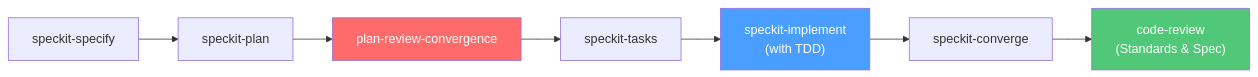
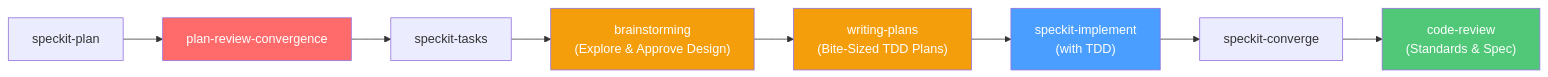
One commit to pminhtaiii/Flight-Booking-System changed the diagram in context/workflow.md. Above: the diagram before and after it, drawn with Mermaid. The commit also changed other lines of this file and 3 other files, not shown here.

Commit message:
fix(profile): address code review findings and sync progress tracker

````diff
--- a/context/workflow.md
+++ b/context/workflow.md
@@ -13,13 +13,16 @@
 ```mermaid
 flowchart LR
-    A["speckit-specify"] --> B["speckit-plan"]
-    B --> C["plan-review-convergence"]
-    C --> D["speckit-tasks"]
-    D --> E["speckit-implement\n(with TDD)"]
-    E --> F["speckit-converge"]
-    F --> G["code-review\n(Standards & Spec)"]
+    A["speckit-plan"] --> B["plan-review-convergence"]
+    B --> C["speckit-tasks"]
+    C --> D["brainstorming\n(Explore & Approve Design)"]
+    D --> E["writing-plans\n(Bite-Sized TDD Plans)"]
+    E --> F["speckit-implement\n(with TDD)"]
+    F --> G["speckit-converge"]
+    G --> H["code-review\n(Standards & Spec)"]
 
-    style C fill:#ff6b6b,color:#fff
-    style E fill:#4a9eff,color:#fff
-    style G fill:#50c878,color:#fff
+    style B fill:#ff6b6b,color:#fff
+    style D fill:#f59e0b,color:#fff
+    style E fill:#f59e0b,color:#fff
+    style F fill:#4a9eff,color:#fff
+    style H fill:#50c878,color:#fff
 ```
````
